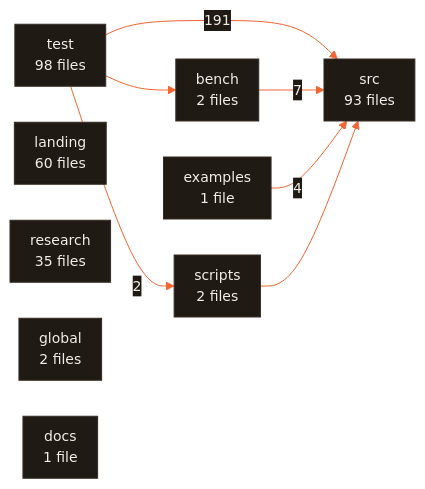
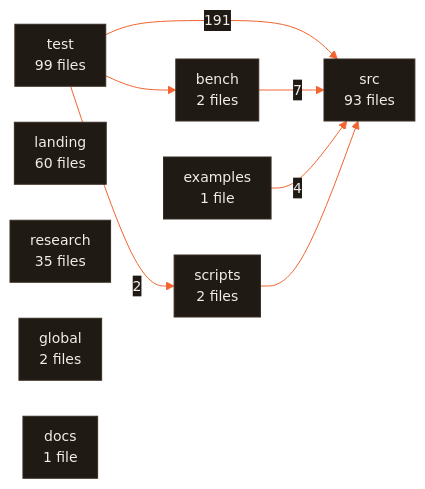
One commit to CodeWithJuber/forgekit changed the fifth of 5 diagrams in ARCHITECTURE.md. Above: the diagram before and after it, drawn with Mermaid. The commit also changed 7 other files, not shown here.

````diff
--- a/ARCHITECTURE.md
+++ b/ARCHITECTURE.md
@@ -521,19 +521,19 @@
 ```mermaid
 %%{init: {'theme':'base','themeVariables':{'primaryColor':'#201a15','primaryTextColor':'#f2ede7','primaryBorderColor':'#372c22','lineColor':'#f26430','secondaryColor':'#272019','tertiaryColor':'#171310','edgeLabelBackground':'#201a15','clusterBkg':'#171310','clusterBorder':'#4a3b2e','fontFamily':'ui-sans-serif, system-ui, sans-serif','fontSize':'14px'},'flowchart':{'curve':'basis','padding':10,'nodeSpacing':36,'rankSpacing':44}}}%%
 flowchart LR
-  test["test<br/>98 files"]
+  test["test<br/>99 files"]
   src["src<br/>93 files"]
   landing["landing<br/>60 files"]
   research["research<br/>35 files"]
   bench["bench<br/>2 files"]
   global["global<br/>2 files"]
   scripts["scripts<br/>2 files"]
   docs["docs<br/>1 file"]
   examples["examples<br/>1 file"]
   test -- 191 --> src
   bench -- 7 --> src
   examples -- 4 --> src
   test -- 2 --> scripts
   scripts --> src
   test --> bench
 ```
````
